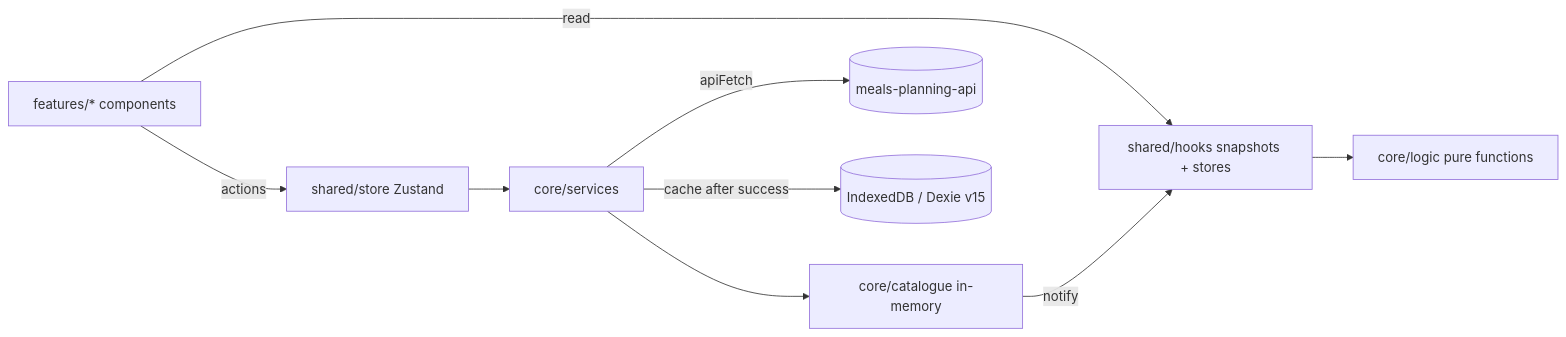
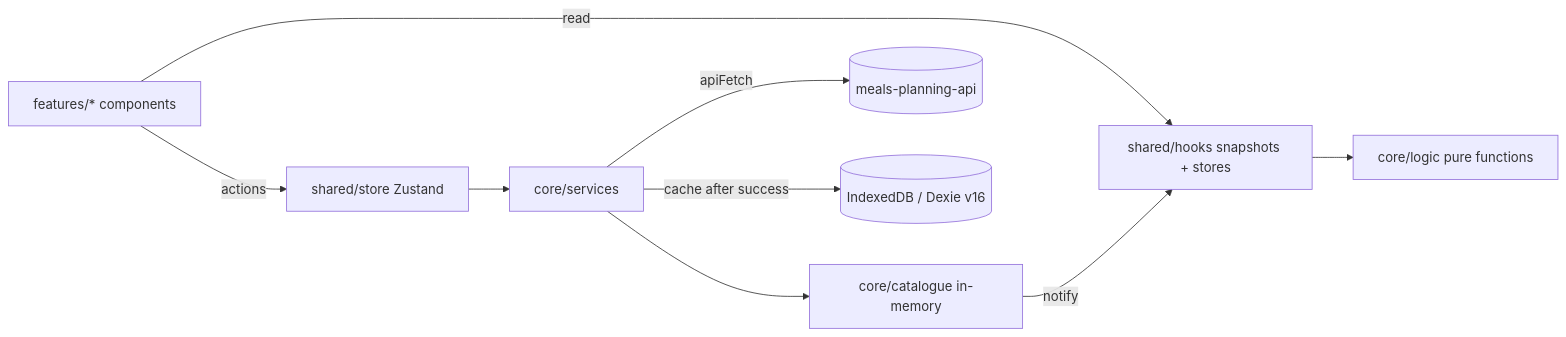
Before and after one commit to Jduquenne/artemis-foodlab: the diagram in docs/architecture.md, drawn with Mermaid. The commit also changed other lines of this file and 25 other files, not shown here.

````diff
--- a/docs/architecture.md
+++ b/docs/architecture.md
@@ -9,11 +9,11 @@
 ```mermaid
 flowchart LR
   UI[features/* components] -->|read| Snap[shared/hooks snapshots + stores]
   UI -->|actions| Store[shared/store Zustand]
   Store --> Svc[core/services]
   Svc -->|apiFetch| API[(meals-planning-api)]
-  Svc -->|cache after success| IDB[(IndexedDB / Dexie v15)]
+  Svc -->|cache after success| IDB[(IndexedDB / Dexie v16)]
   Svc --> Cat[core/catalogue in-memory]
   Cat -->|notify| Snap
   Snap --> Logic[core/logic pure functions]
 ```
````
